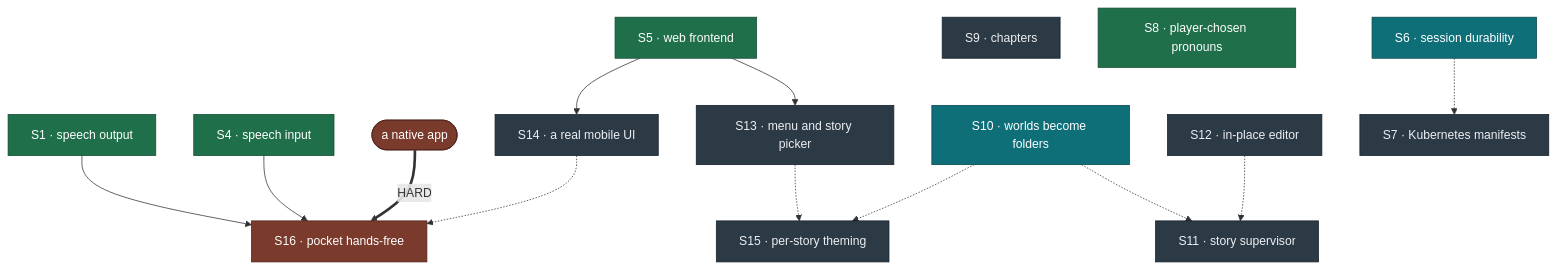
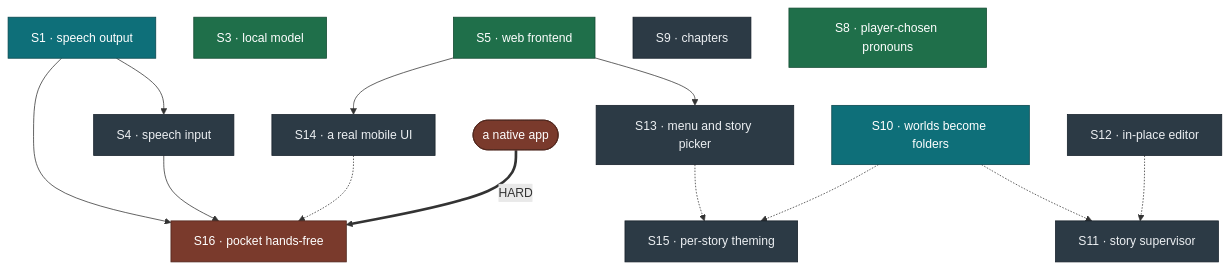
Before and after one commit to cat5inthecradle/adventure-demo: the diagram in ROADMAP.md, drawn with Mermaid. The commit also changed other lines of this file and 13 other files, not shown here.

````diff
--- a/ROADMAP.md
+++ b/ROADMAP.md
@@ -17,38 +17,36 @@
 ```mermaid
 flowchart TD
     classDef done fill:#1f6f4a,stroke:#124a31,color:#ffffff
     classDef next fill:#0e6f79,stroke:#08464d,color:#ffffff
     classDef normal fill:#2c3a45,stroke:#16202a,color:#eceff2
     classDef blocked fill:#7a3a2c,stroke:#4d241b,color:#ffffff
 
     S5["S5 · web frontend"]:::done
-    S1["S1 · speech output"]:::done
-    S4["S4 · speech input"]:::done
+    S3["S3 · local model"]:::done
+    S1["S1 · speech output"]:::next
+    S4["S4 · speech input"]:::normal
     NATIVE(["a native app"]):::blocked
 
     S13["S13 · menu and story picker"]:::normal
     S14["S14 · a real mobile UI"]:::normal
     S15["S15 · per-story theming"]:::normal
     S16["S16 · pocket hands-free"]:::blocked
 
     S10["S10 · worlds become folders"]:::next
     S12["S12 · in-place editor"]:::normal
     S11["S11 · story supervisor"]:::normal
     S9["S9 · chapters"]:::normal
     S8["S8 · player-chosen pronouns"]:::done
 
-    S6["S6 · session durability"]:::next
-    S7["S7 · Kubernetes manifests"]:::normal
-
     S5 --> S13
     S5 --> S14
+    S1 --> S4
     S1 --> S16
     S4 --> S16
     S14 -.-> S16
     NATIVE ==>|HARD| S16
     S13 -.-> S15
     S10 -.-> S11
     S10 -.-> S15
     S12 -.-> S11
-    S6 -.-> S7
 ```
````
